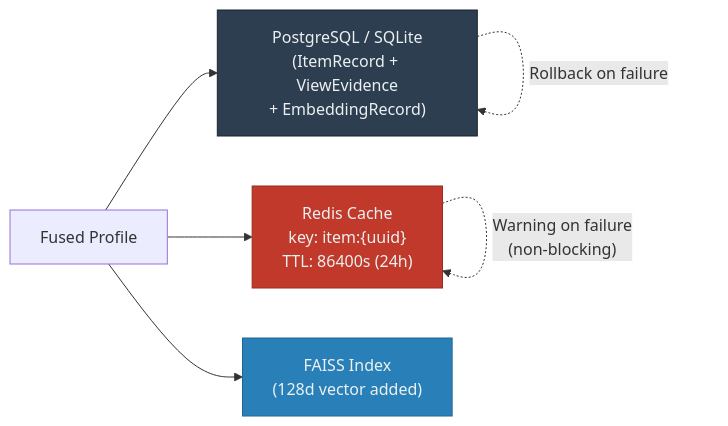
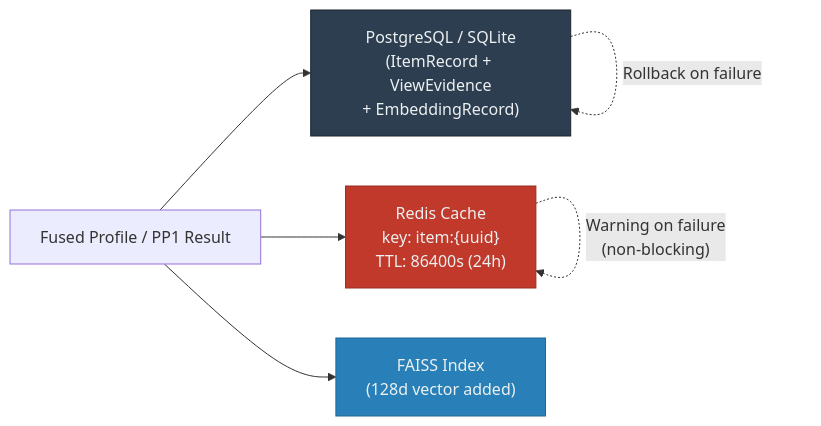
One commit to LSYDananjaya/FindAssure---Lost-Found-System---Research-Project changed the sixth of 8 diagrams in Image-Processing-&-Object-Recognition-Pipeline/README.md. Above: the diagram before and after it, drawn with Mermaid. The commit also changed other lines of this file and 36 other files, not shown here.

````diff
--- a/Image-Processing-&-Object-Recognition-Pipeline/README.md
+++ b/Image-Processing-&-Object-Recognition-Pipeline/README.md
@@ -619,13 +654,13 @@
 ```mermaid
 graph LR
-    FUS["Fused Profile"] --> DB["PostgreSQL / SQLite<br/>(ItemRecord + ViewEvidence<br/>+ EmbeddingRecord)"]
+    FUS["Fused Profile / PP1 Result"] --> DB["PostgreSQL / SQLite<br/>(ItemRecord + ViewEvidence<br/>+ EmbeddingRecord)"]
     FUS --> REDIS["Redis Cache<br/>key: item:{uuid}<br/>TTL: 86400s (24h)"]
     FUS --> FAISS["FAISS Index<br/>(128d vector added)"]
     
     DB -.->|"Rollback on failure"| DB
     REDIS -.->|"Warning on failure<br/>(non-blocking)"| REDIS
     
     style DB fill:#2c3e50,stroke:#1a252f,color:#ecf0f1
     style REDIS fill:#c0392b,stroke:#962d22,color:#ecf0f1
     style FAISS fill:#2980b9,stroke:#1f6692,color:#ecf0f1
 ```
````
